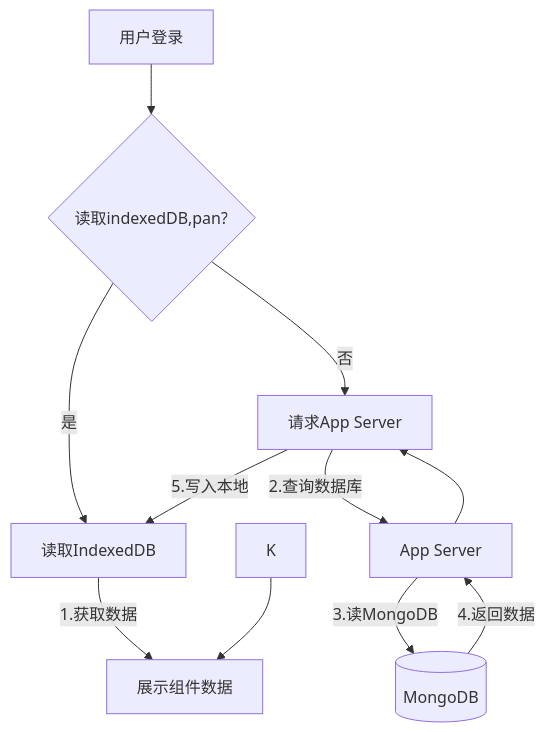
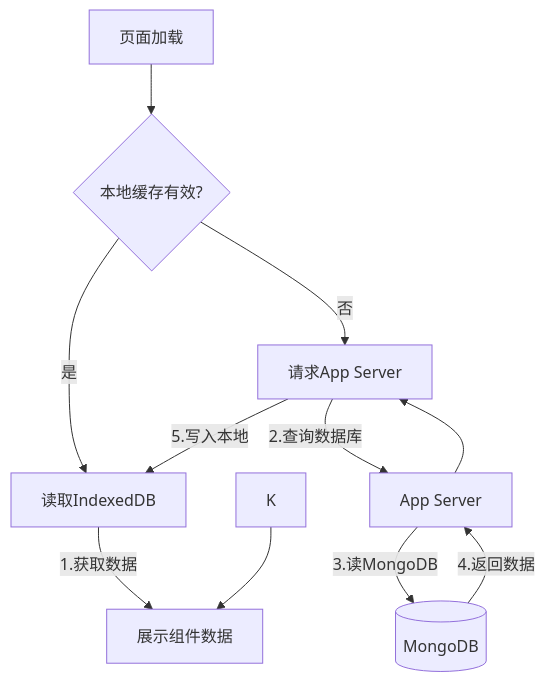
One commit to yingjianzh/iodraw-files changed the diagram in all/未命名-22.md. Above: the diagram before and after it, drawn with Mermaid.

Commit message:
2025-02-18 16:08:21 update

````diff
--- a/all/未命名-22.md
+++ b/all/未命名-22.md
@@ -1,12 +1,12 @@
 ```mermaid
 graph TD
-    A[用户登录] --> B{读取indexedDB,pan?}
+    A[页面加载] --> B{本地缓存有效?}
     B -->|是| C[读取IndexedDB]
     B -->|否| D[请求App Server]
     C -->|1.获取数据| E[展示组件数据]
     D -->|2.查询数据库| F[App Server]
     F -->|3.读MongoDB| G[(MongoDB)]
     G -->|4.返回数据| F --> D
     D -->|5.写入本地| C
     K --> E
 ```
````
